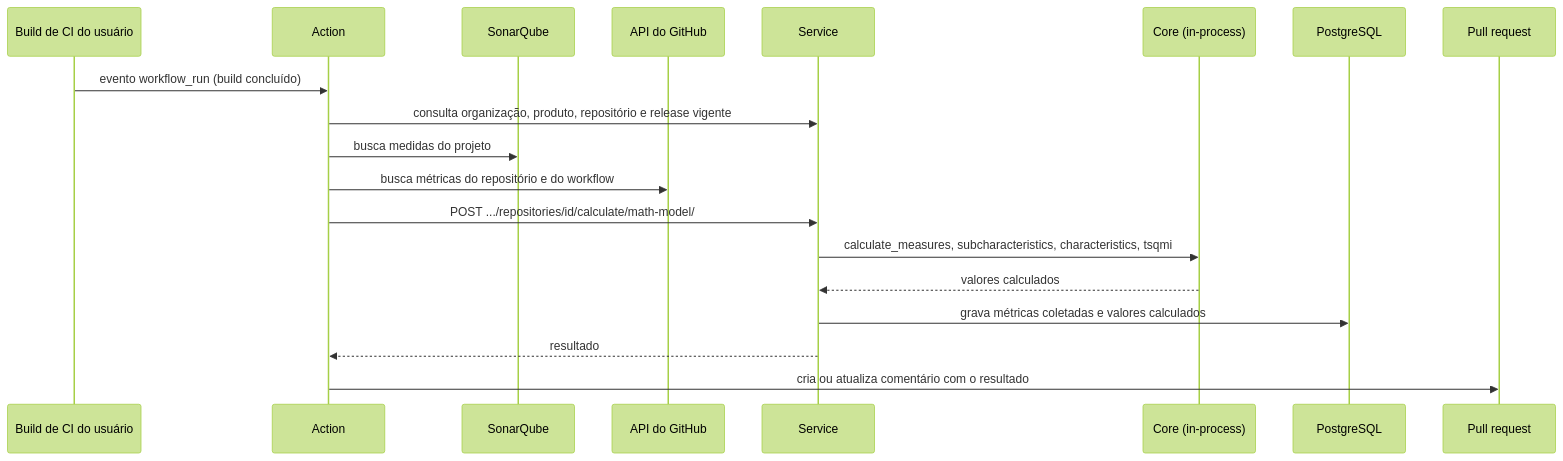
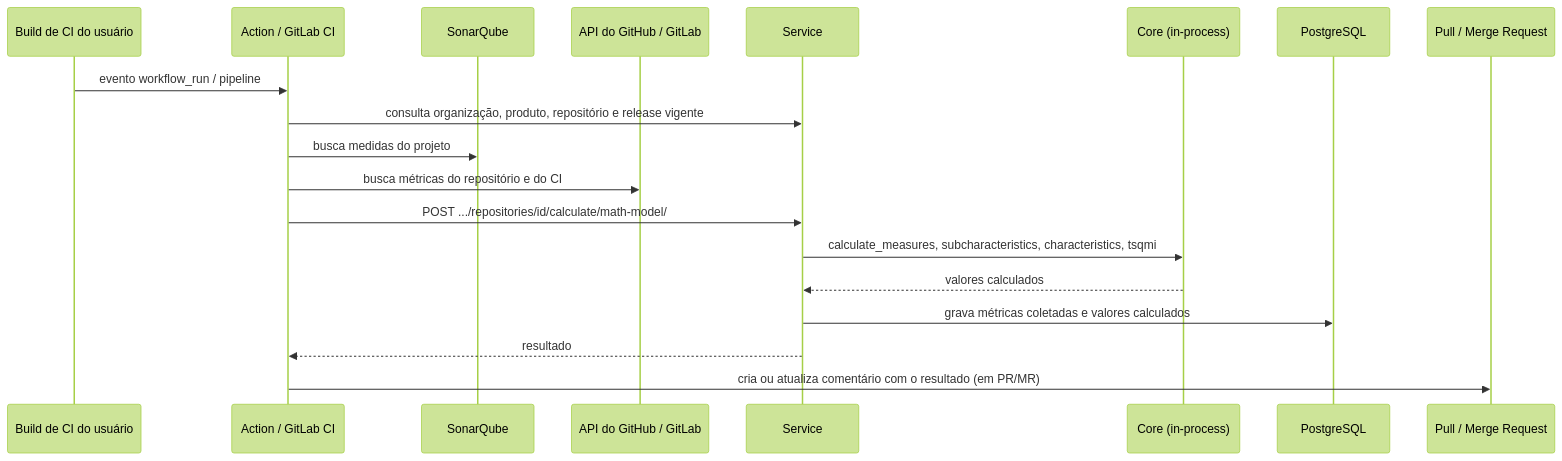
The second of 9 diagrams in docs/produto/arquitetura.mdx (fga-eps-mds/2026.2-MeasureSoftGram-DOC), drawn with Mermaid (forest theme) before and after one commit. The commit also changed other lines of this file, not shown here.

Commit message:
docs(arquitetura): atualiza diagramas de fluxo e visão física para GitLab CI/CD (#239)

````diff
--- a/docs/produto/arquitetura.mdx
+++ b/docs/produto/arquitetura.mdx
@@ -254,22 +255,22 @@
 ```mermaid
 sequenceDiagram
     participant CI as Build de CI do usuário
-    participant Act as Action
+    participant Act as Action / GitLab CI
     participant SQ as SonarQube
-    participant GH as API do GitHub
+    participant API as API do GitHub / GitLab
     participant Svc as Service
     participant Core as Core (in-process)
     participant DB as PostgreSQL
-    participant PR as Pull request
+    participant PR as Pull / Merge Request
 
-    CI->>Act: evento workflow_run (build concluído)
+    CI->>Act: evento workflow_run / pipeline
     Act->>Svc: consulta organização, produto, repositório e release vigente
     Act->>SQ: busca medidas do projeto
-    Act->>GH: busca métricas do repositório e do workflow
+    Act->>API: busca métricas do repositório e do CI
     Act->>Svc: POST .../repositories/id/calculate/math-model/
     Svc->>Core: calculate_measures, subcharacteristics, characteristics, tsqmi
     Core-->>Svc: valores calculados
     Svc->>DB: grava métricas coletadas e valores calculados
     Svc-->>Act: resultado
-    Act->>PR: cria ou atualiza comentário com o resultado
+    Act->>PR: cria ou atualiza comentário com o resultado (em PR/MR)
 ```
````
